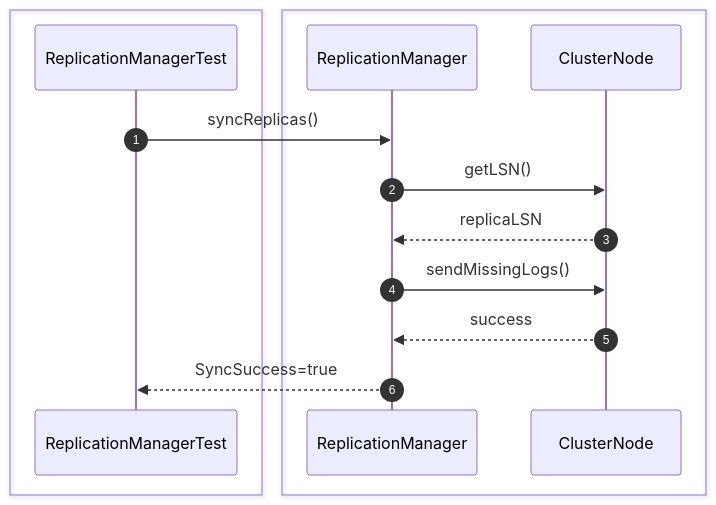
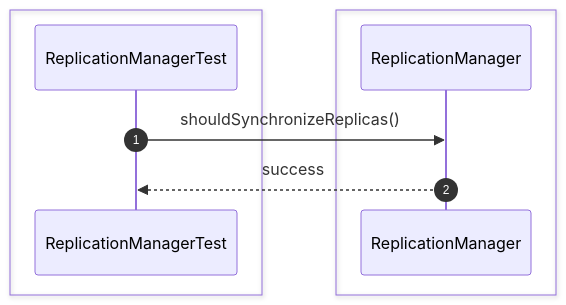
The second of 26 diagrams in src/sequence/replication.md (Huy1801214/dbms-architecture), drawn with Mermaid before and after one commit. The commit also changed other lines of this file and 68 other files, not shown here.

Commit message:
implement comprehensive unit test suite and architectural sequence documentation

````diff
--- a/src/sequence/replication.md
+++ b/src/sequence/replication.md
@@ -25,19 +21,13 @@
 ```mermaid
 sequenceDiagram
     autonumber
-
     box #e1f5fe Test Suite
     participant Test as ReplicationManagerTest
     end
-    box #ffebee Replication Components
-    participant Manager as ReplicationManager
-    participant Node as ClusterNode
+    box #e3f2fd ReplicationManager Component
+    participant RM as ReplicationManager
     end
 
-    Test->>Manager: syncReplicas()
-    Manager->>Node: getLSN()
-    Node-->>Manager: replicaLSN
-    Manager->>Node: sendMissingLogs()
-    Node-->>Manager: success
-    Manager-->>Test: SyncSuccess=true
+    Test->>RM: shouldSynchronizeReplicas()
+    RM-->>Test: success
 ```
````
